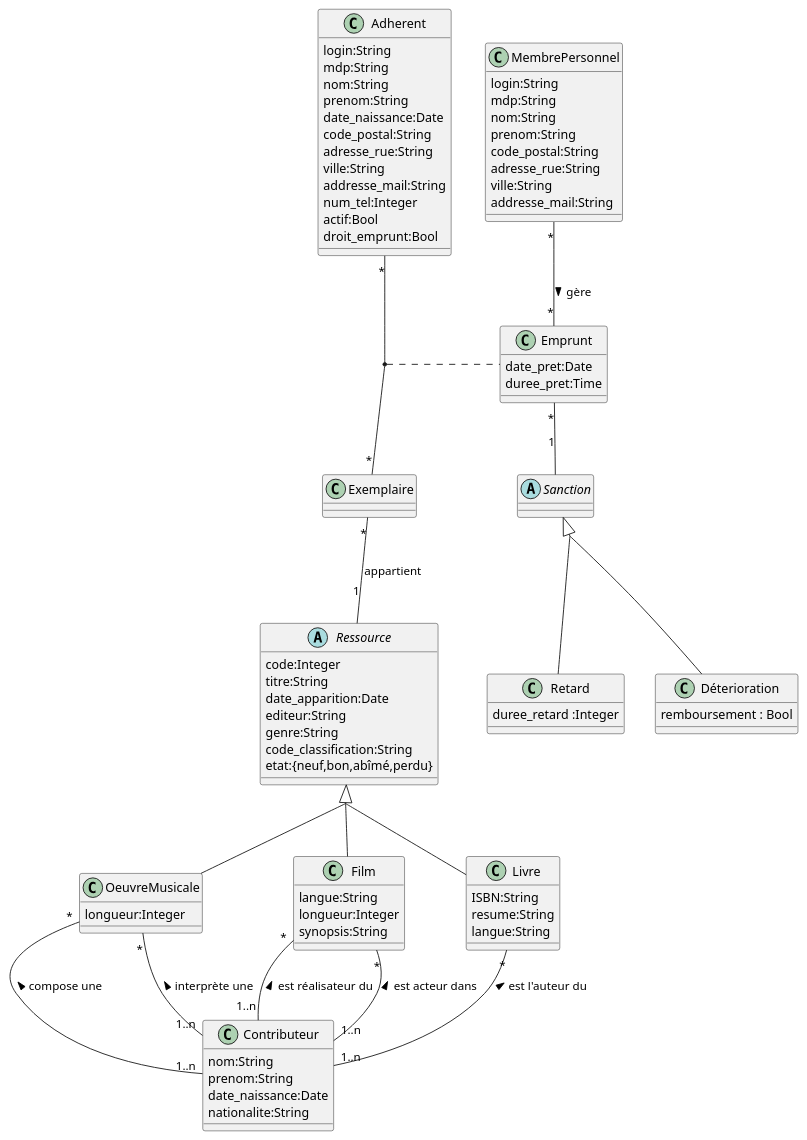
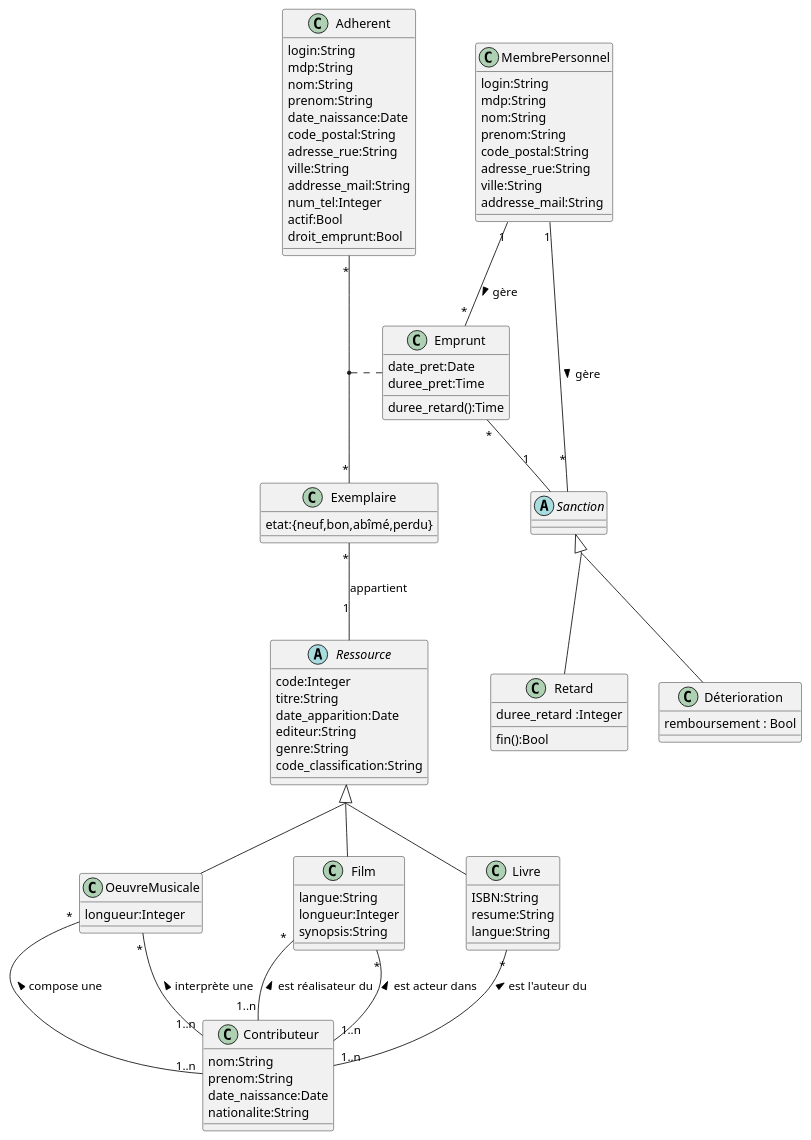
Before and after one commit to HouzeZHANG/NF18-DataBase-Project: the diagram in UML.plantuml, drawn with PlantUML.

```diff
--- a/UML.plantuml
+++ b/UML.plantuml
@@ -1,113 +1,119 @@
 @startuml
 abstract class Ressource{
   code:Integer
   titre:String
   date_apparition:Date
   editeur:String
   genre:String
   code_classification:String
-  etat:{neuf,bon,abîmé,perdu}
 }
 
 
 together {
   class Livre{
   ISBN:String
   resume:String
   langue:String
 }
 
 class Film{
   langue:String
   longueur:Integer
   synopsis:String
 }
 
 class OeuvreMusicale{
   longueur:Integer
 }
 }
 skinparam groupInheritance 2
 Ressource <|-- Livre
 Ressource <|-- Film
 Ressource <|-- OeuvreMusicale
 
 class MembrePersonnel{
   login:String
   mdp:String
   nom:String
   prenom:String
   code_postal:String
   adresse_rue:String
   ville:String
   addresse_mail:String
 }
 
 class Adherent{
   login:String
   mdp:String
   nom:String
   prenom:String
   date_naissance:Date
   code_postal:String
   adresse_rue:String
   ville:String
   addresse_mail:String
   num_tel:Integer
   actif:Bool
   droit_emprunt:Bool
 }
 
 class Contributeur{
   nom:String
   prenom:String
   date_naissance:Date
   nationalite:String
 }
 
+class Exemplaire{
+  etat:{neuf,bon,abîmé,perdu}
+}
+
 
 class Emprunt{
   date_pret:Date
   duree_pret:Time
+  duree_retard():Time
 }
 
 abstract class Sanction{
 }
 
 together {
   class Retard{
     duree_retard :Integer
+    fin():Bool
   }
   class Déterioration{
     remboursement : Bool
   }
 }
 
 skinparam groupInheritance 2
 Sanction <|-- Retard
 Sanction <|-- Déterioration
 
 
 Exemplaire "*" -- "1" Ressource : appartient
 Adherent "*" -- "*" Exemplaire
 (Adherent,Exemplaire) .. Emprunt
 Emprunt "*" -- "1" Sanction
 
-MembrePersonnel "*" -- "*" Emprunt : gère >
+MembrePersonnel "1" -- "*" Emprunt : gère >
+MembrePersonnel "1" -- "*" Sanction : gère >
 
 
 Contributeur "1..n" -up- "*" Livre : est l'auteur du >
 Contributeur "1..n" -up- "*" Film : est réalisateur du >
 Contributeur "1..n" -up- "*" Film : est acteur dans >
 Contributeur "1..n" -up- "*" OeuvreMusicale : compose une >
 Contributeur "1..n" -up- "*" OeuvreMusicale : interprète une >
 
 
 
 
 
 
 
 
 
 @enduml
```
